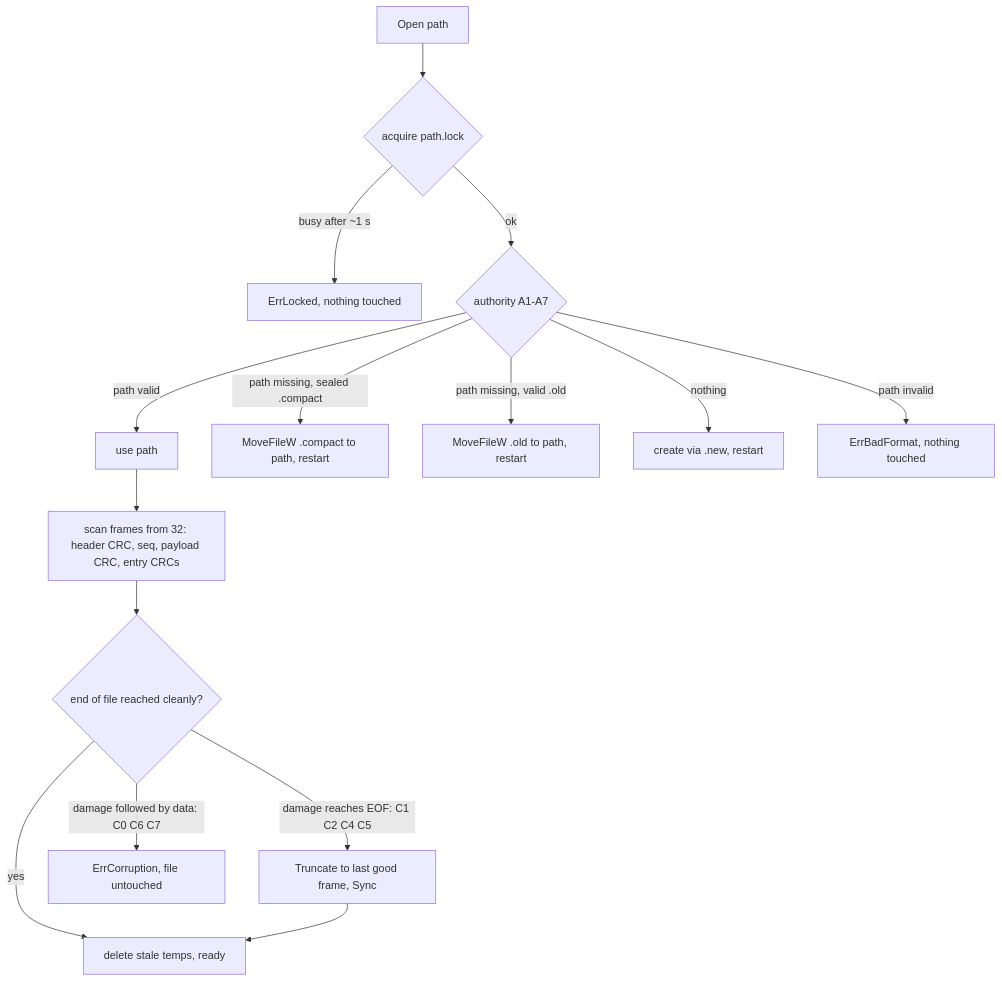
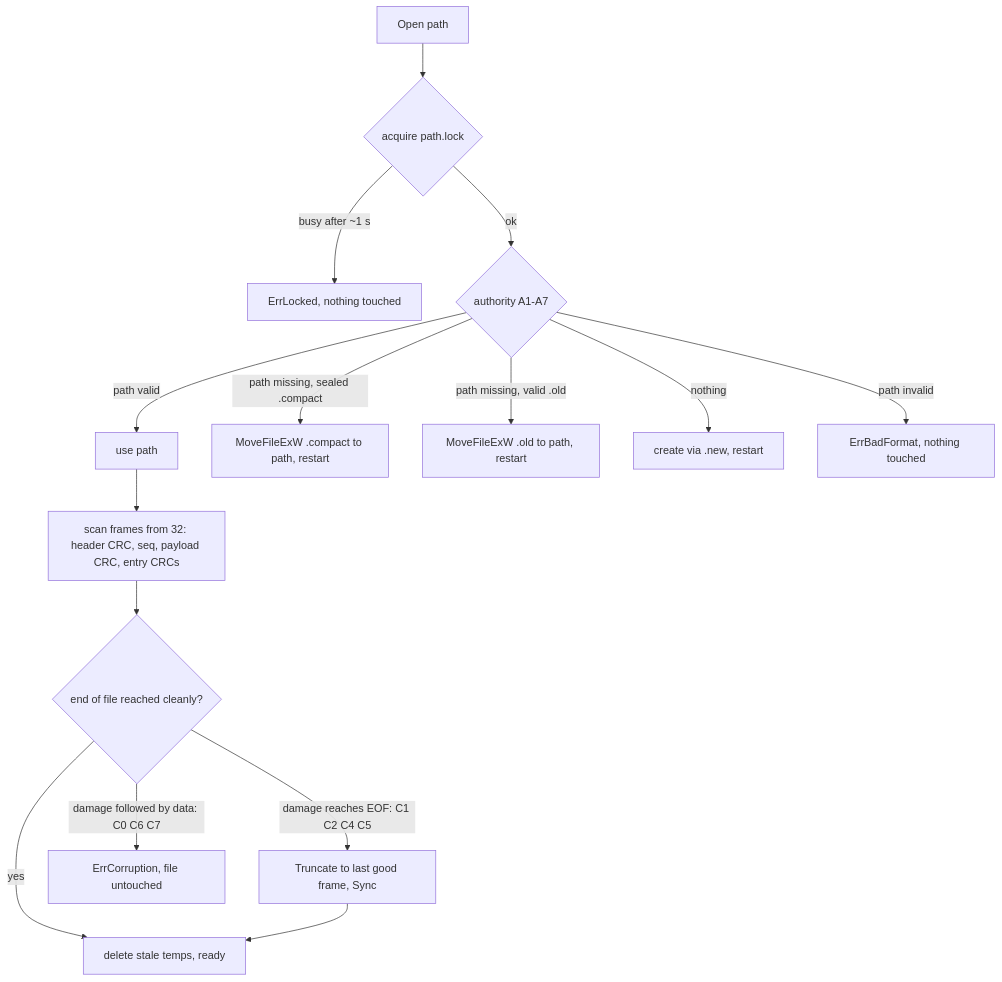
One commit to neilmalvalli-cyber/NEXUS_SRINIVAS changed the second of 2 diagrams in ARCHITECTURE.md. Above: the diagram before and after it, drawn with Mermaid. The commit also changed other lines of this file and 118 other files, not shown here.

````diff
--- a/ARCHITECTURE.md
+++ b/ARCHITECTURE.md
@@ -117,17 +147,17 @@
 ```mermaid
 flowchart TD
   A[Open path] --> B{acquire path.lock}
   B -- busy after ~1 s --> X[ErrLocked, nothing touched]
   B -- ok --> C{authority A1-A7}
   C -- path valid --> D[use path]
-  C -- path missing, sealed .compact --> E[MoveFileW .compact to path, restart]
-  C -- path missing, valid .old --> F[MoveFileW .old to path, restart]
+  C -- path missing, sealed .compact --> E[MoveFileExW .compact to path, restart]
+  C -- path missing, valid .old --> F[MoveFileExW .old to path, restart]
   C -- nothing --> G[create via .new, restart]
   C -- path invalid --> Y[ErrBadFormat, nothing touched]
   D --> H[scan frames from 32: header CRC, seq, payload CRC, entry CRCs]
   H --> I{end of file reached cleanly?}
   I -- yes --> K[delete stale temps, ready]
   I -- damage reaches EOF: C1 C2 C4 C5 --> J[Truncate to last good frame, Sync]
   J --> K
   I -- damage followed by data: C0 C6 C7 --> Z[ErrCorruption, file untouched]
 ```
````
